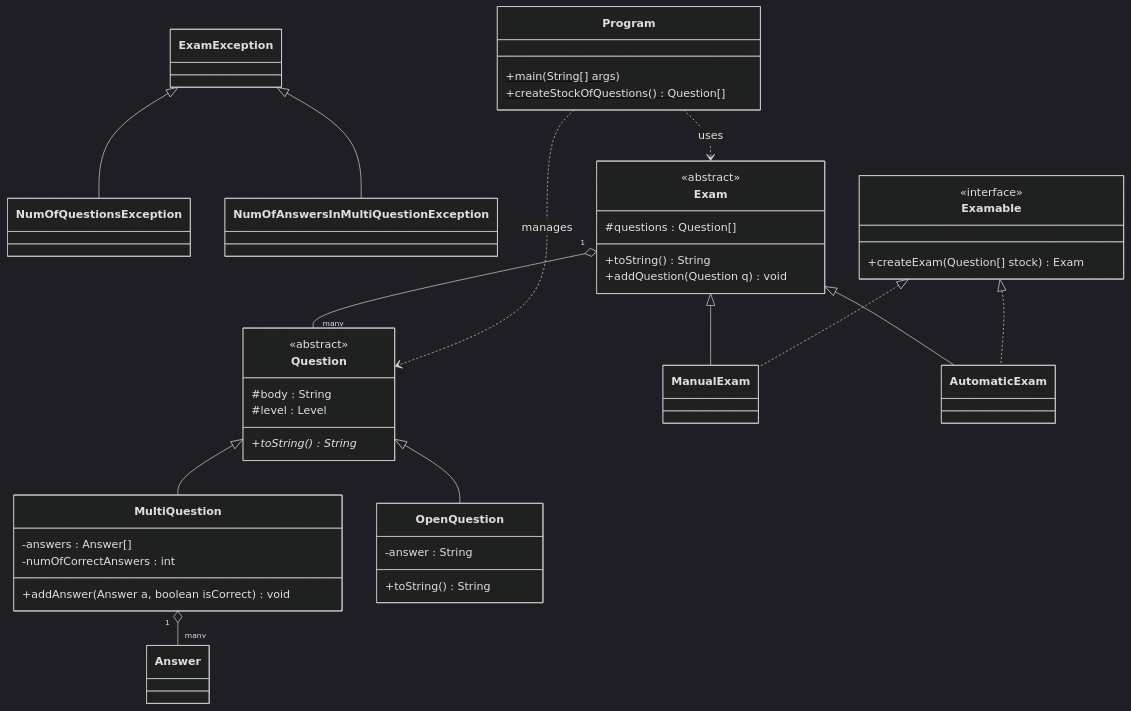
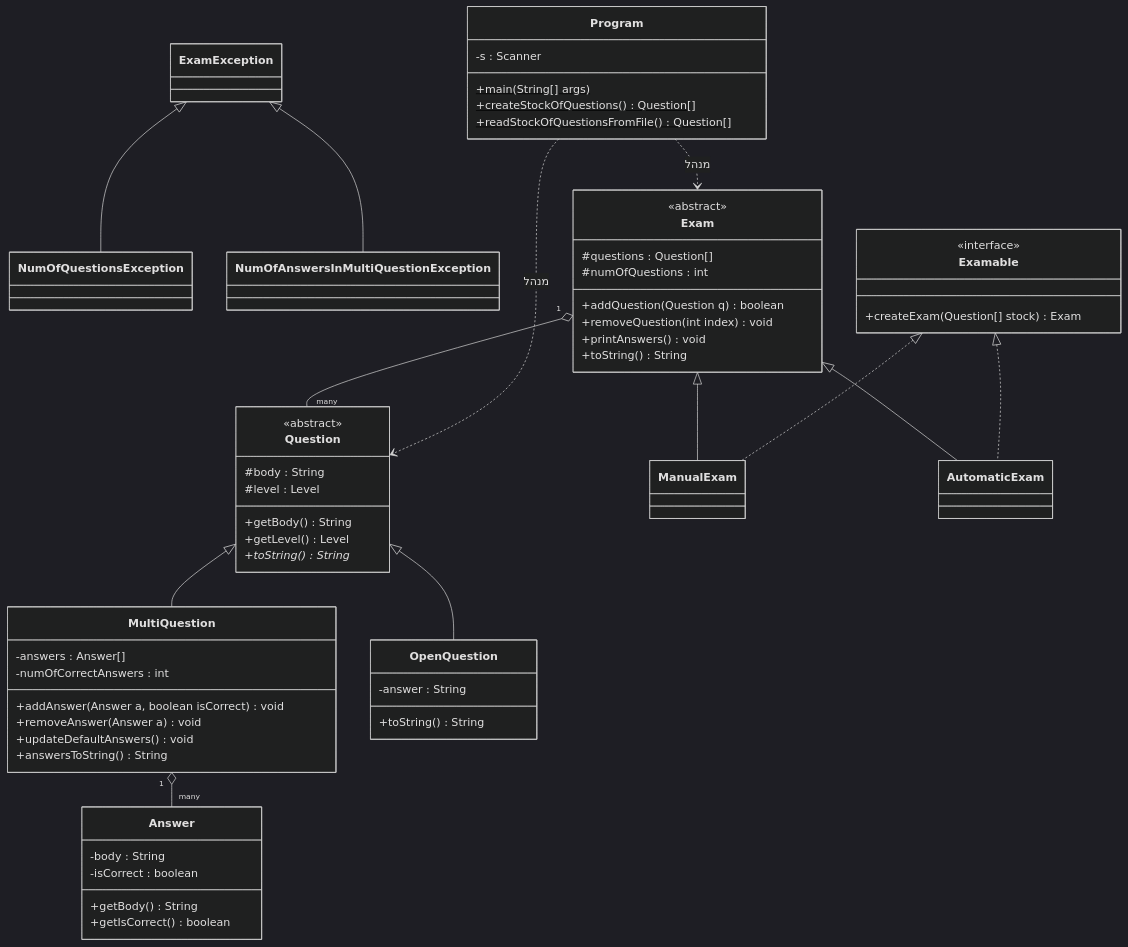
Before and after one commit to GolanLevi/Java-Exam-Management-System: the diagram in README_HE.md, drawn with Mermaid (dark theme). The commit also changed other lines of this file and 1 other file, not shown here.

````diff
--- a/README_HE.md
+++ b/README_HE.md
@@ -71,49 +77,65 @@
 ```mermaid
 classDiagram
     ExamException <|-- NumOfQuestionsException
     ExamException <|-- NumOfAnswersInMultiQuestionException
 
     Question <|-- MultiQuestion
     Question <|-- OpenQuestion
 
     Exam <|-- ManualExam
     Exam <|-- AutomaticExam
     
     Examable <|.. ManualExam
     Examable <|.. AutomaticExam
 
     Exam "1" o-- "many" Question
     MultiQuestion "1" o-- "many" Answer
-    Program ..> Exam : uses
-    Program ..> Question : manages
+    Program ..> Exam : מנהל
+    Program ..> Question : מנהל
 
     class Examable {
         <<interface>>
         +createExam(Question[] stock) Exam
     }
     class Exam {
         <<abstract>>
         #questions : Question[]
+        #numOfQuestions : int
+        +addQuestion(Question q) boolean
+        +removeQuestion(int index) void
+        +printAnswers() void
         +toString() String
-        +addQuestion(Question q) void
     }
     class Question {
         <<abstract>>
         #body : String
         #level : Level
+        +getBody() String
+        +getLevel() Level
         +toString()* String
     }
     class MultiQuestion {
         -answers : Answer[]
         -numOfCorrectAnswers : int
         +addAnswer(Answer a, boolean isCorrect) void
+        +removeAnswer(Answer a) void
+        +updateDefaultAnswers() void
+        +answersToString() String
     }
     class OpenQuestion {
         -answer : String
         +toString() String
     }
+    class Answer {
+        -body : String
+        -isCorrect : boolean
+        +getBody() String
+        +getIsCorrect() boolean
+    }
     class Program {
+        -s : Scanner
         +main(String[] args)$
         +createStockOfQuestions()$ Question[]
+        +readStockOfQuestionsFromFile()$ Question[]
     }
 ```
````
